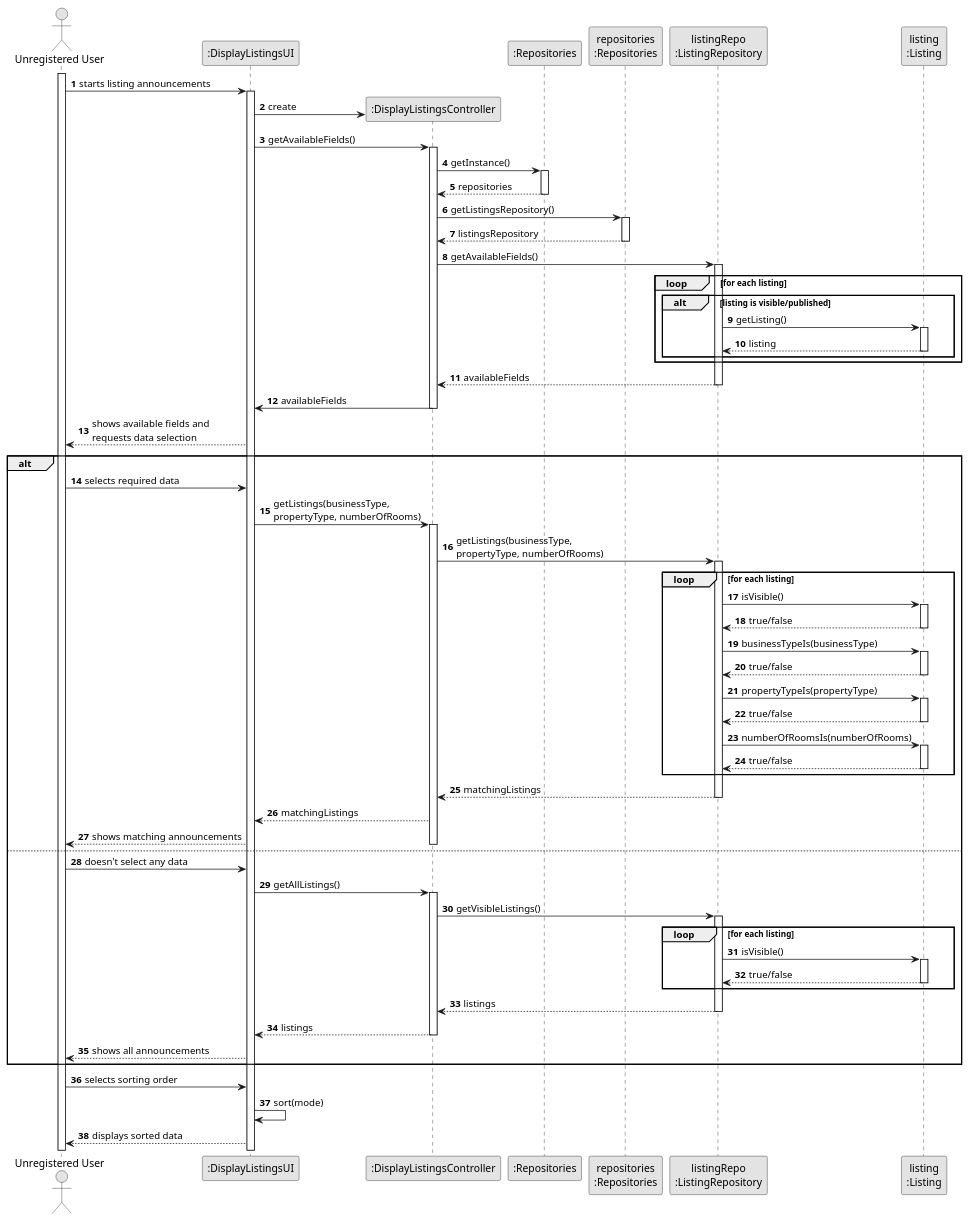
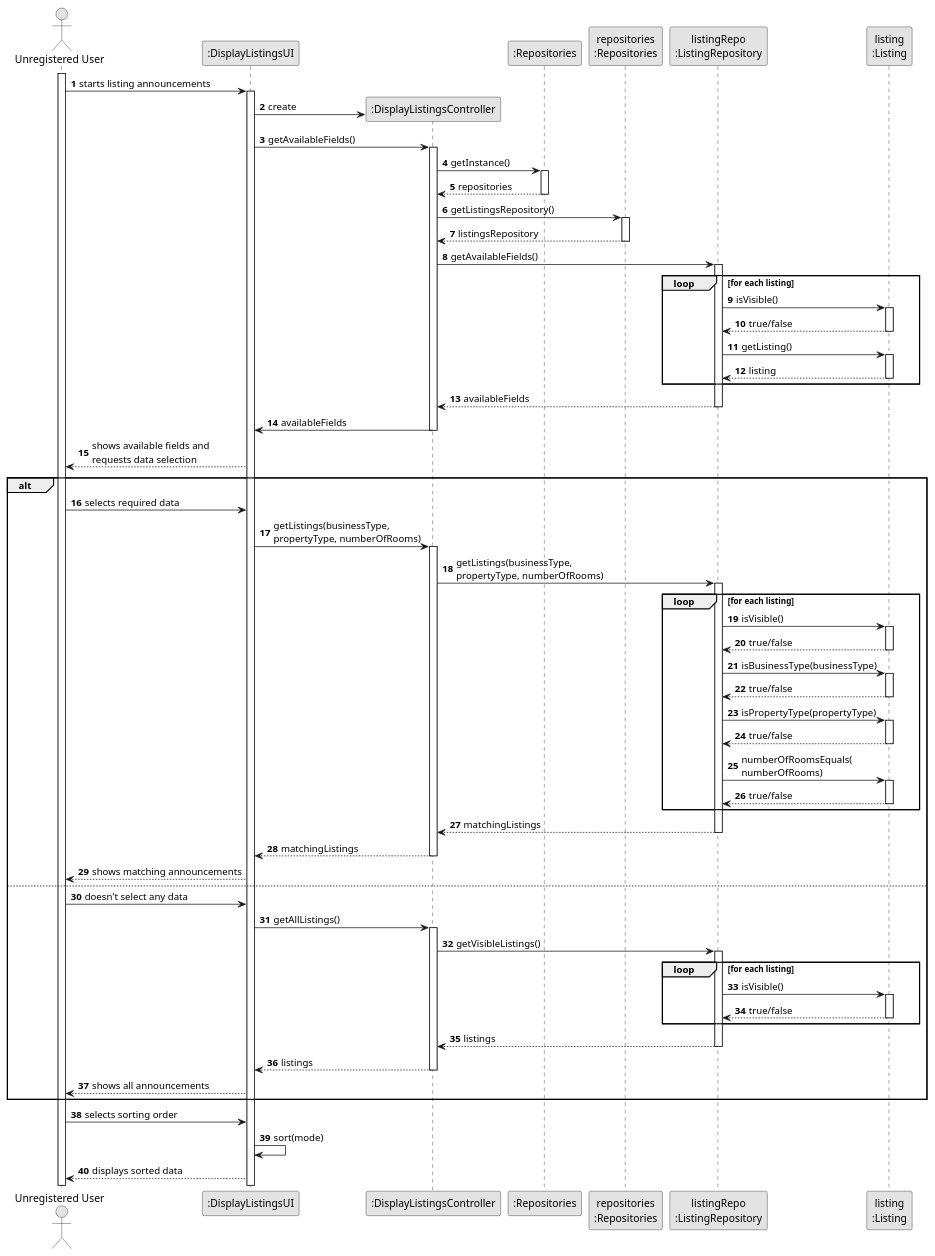
Before and after one commit to tiagohcorreia/LAPR2: the diagram in docs/sprintB/US001/03.design/puml/us001-sequence-diagram-full.puml, drawn with PlantUML. The commit also changed 7 other files, not shown here.

Commit message:
US1 - Implementation (creation of UI, Controller, and required repository-related classes); fixed typos

```diff
--- a/docs/sprintB/US001/03.design/puml/us001-sequence-diagram-full.puml
+++ b/docs/sprintB/US001/03.design/puml/us001-sequence-diagram-full.puml
@@ -1,118 +1,119 @@
 @startuml
 skinparam monochrome true
 skinparam packageStyle rectangle
 skinparam shadowing false
 
 autonumber
 
 'hide footbox
 actor "Unregistered User" as UR
 participant ":DisplayListingsUI" as UI
 participant ":DisplayListingsUI" as UI
 participant ":DisplayListingsController" as CTRL
 participant ":Repositories" as reposclass
 participant "repositories\n:Repositories" as repositories
 participant "listingRepo\n:ListingRepository" as LRepo
 participant "listing\n:Listing" as listing
 
 
 
 activate UR
 UR -> UI: starts listing announcements
-    activate UI
-    UI -> CTRL**: create
+activate UI
+UI -> CTRL**: create
 UI -> CTRL: getAvailableFields()
-        activate CTRL
+activate CTRL
 
-        CTRL -> reposclass: getInstance()
-            activate reposclass
-            reposclass --> CTRL: repositories
-            deactivate reposclass
-        CTRL -> repositories: getListingsRepository()
-            activate repositories
-            repositories --> CTRL: listingsRepository
-            deactivate repositories
-        CTRL -> LRepo: getAvailableFields()
-            activate LRepo
-            loop for each listing
-                alt listing is visible/published
-                'LRepo -> listing: getBusinessType()
-                LRepo -> listing: getListing()
-                    activate listing
-                    return listing
-                'listing --> LRepo: businessType
-                'LRepo -> listing: getPropertyType()
-                'listing --> LRepo: propertyType
-                'LRepo -> listing: getNumberOfRooms()
-                'listing --> LRepo: numberOfRooms
-                    deactivate listing
-                end
-            end
-            LRepo --> CTRL: availableFields
-            deactivate LRepo
+CTRL -> reposclass: getInstance()
+activate reposclass
+reposclass --> CTRL: repositories
+deactivate reposclass
+CTRL -> repositories: getListingsRepository()
+activate repositories
+repositories --> CTRL: listingsRepository
+deactivate repositories
+CTRL -> LRepo: getAvailableFields()
+activate LRepo
+loop for each listing
+LRepo -> listing: isVisible()
+activate listing
+return true/false
+'LRepo -> listing: getBusinessType()
+LRepo -> listing: getListing()
+activate listing
+return listing
+'listing --> LRepo: businessType
+'LRepo -> listing: getPropertyType()
+'listing --> LRepo: propertyType
+'LRepo -> listing: getNumberOfRooms()
+'listing --> LRepo: numberOfRooms
+deactivate listing
+end
+LRepo --> CTRL: availableFields
+deactivate LRepo
 
-            CTRL -> UI: availableFields
-            deactivate CTRL
+CTRL -> UI: availableFields
+deactivate CTRL
 
-            UI --> UR: shows available fields and\nrequests data selection
-        alt
-            UR -> UI: selects required data
-            UI -> CTRL: getListings(businessType,\npropertyType, numberOfRooms)
-            activate CTRL
-            CTRL -> LRepo: getListings(businessType,\npropertyType, numberOfRooms)
-            activate LRepo
-            loop for each listing
-            LRepo -> listing: isVisible()
-            activate listing
-            return true/false
-            deactivate listing
-            LRepo -> listing: businessTypeIs(businessType)
-            activate listing
-            return true/false
-            deactivate listing
+UI --> UR: shows available fields and\nrequests data selection
+alt
+UR -> UI: selects required data
+UI -> CTRL: getListings(businessType,\npropertyType, numberOfRooms)
+activate CTRL
+CTRL -> LRepo: getListings(businessType,\npropertyType, numberOfRooms)
+activate LRepo
+loop for each listing
+LRepo -> listing: isVisible()
+activate listing
+return true/false
+deactivate listing
+LRepo -> listing: isBusinessType(businessType)
+activate listing
+return true/false
+deactivate listing
 
-            LRepo -> listing: propertyTypeIs(propertyType)
-            activate listing
-            return true/false
-            deactivate listing
+LRepo -> listing: isPropertyType(propertyType)
+activate listing
+return true/false
+deactivate listing
 
-            LRepo -> listing: numberOfRoomsIs(numberOfRooms)
-            activate listing
-            return true/false
-            deactivate listing
+LRepo -> listing: numberOfRoomsEquals(\nnumberOfRooms)
+activate listing
+return true/false
+deactivate listing
 
 
-            end
+end
 
 LRepo --> CTRL: matchingListings
 deactivate LRepo
 CTRL --> UI: matchingListings
+deactivate CTRL
 UI --> UR: shows matching announcements
-deactivate CTRL
 else
 UR -> UI: doesn't select any data
 UI -> CTRL: getAllListings()
 activate CTRL
 CTRL -> LRepo: getVisibleListings()
 activate LRepo
 loop for each listing
-    LRepo -> listing: isVisible()
-    activate listing
-    return true/false
-    deactivate listing
+LRepo -> listing: isVisible()
+activate listing
+return true/false
+deactivate listing
 end
 LRepo --> CTRL: listings
 deactivate LRepo
 
 CTRL --> UI: listings
 deactivate CTRL
 UI --> UR: shows all announcements
 
 end 'ALT fragment end
 
 UR -> UI: selects sorting order
 UI -> UI: sort(mode)
 UI --> UR: displays sorted data
 
 
 @enduml
```
